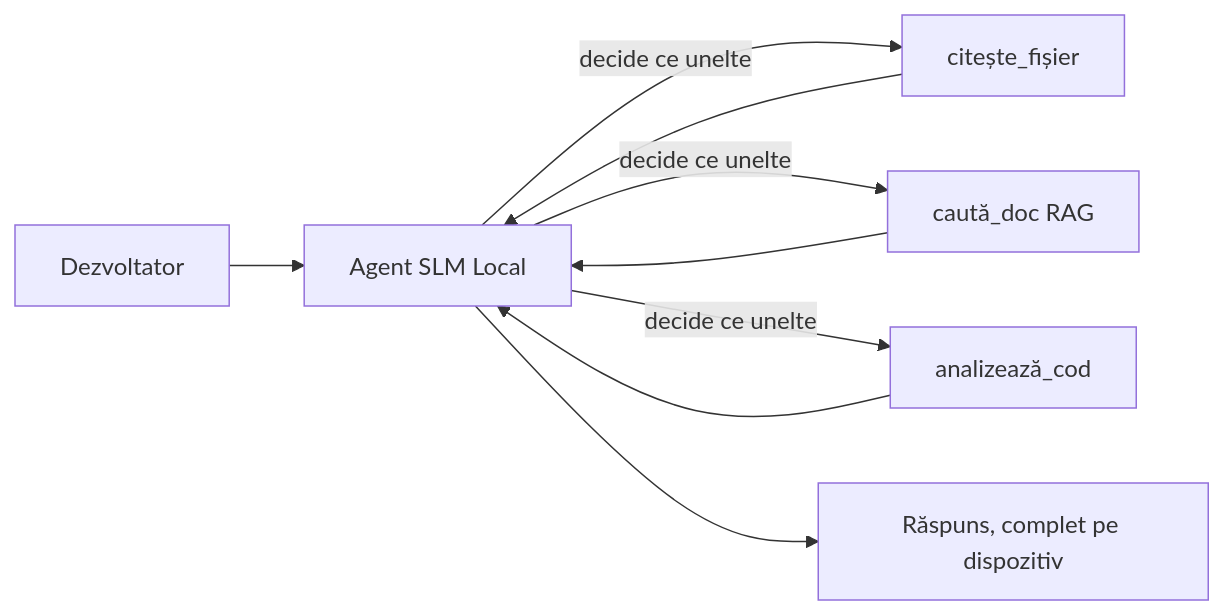
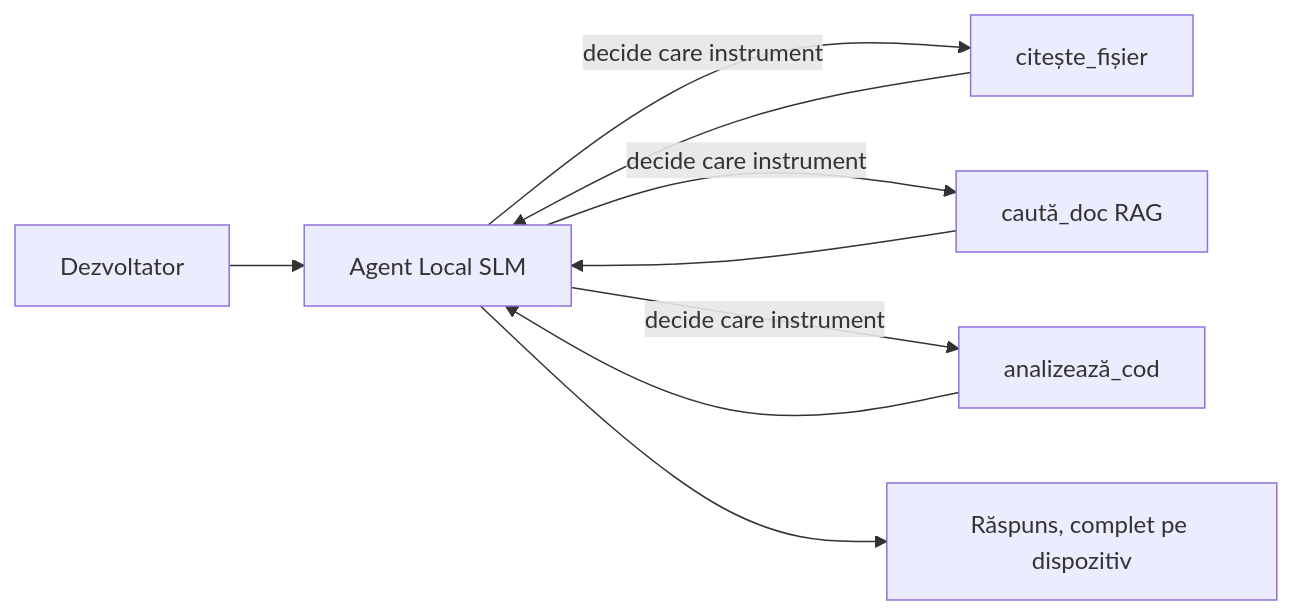
Before and after one commit to gabrielmoreira/agent-skills-mirror: the first of 4 diagrams in mirrors/repos/microsoft@ai-agents-for-beginners/translations/ro/17-creating-local-ai-agents/README.md, drawn with Mermaid. The commit also changed other lines of this file and 4262 other files, not shown here.

````diff
--- a/mirrors/repos/microsoft@ai-agents-for-beginners/translations/ro/17-creating-local-ai-agents/README.md
+++ b/mirrors/repos/microsoft@ai-agents-for-beginners/translations/ro/17-creating-local-ai-agents/README.md
@@ -66,11 +66,11 @@
 ```mermaid
 flowchart LR
-    U[Dezvoltator] --> A[Agent SLM Local]
-    A -->|decide ce unelte| T1[citește_fișier]
-    A -->|decide ce unelte| T2[caută_doc RAG]
-    A -->|decide ce unelte| T3[analizează_cod]
+    U[Dezvoltator] --> A[Agent Local SLM]
+    A -->|decide care instrument| T1[citește_fișier]
+    A -->|decide care instrument| T2[caută_doc RAG]
+    A -->|decide care instrument| T3[analizează_cod]
     T1 --> A
     T2 --> A
     T3 --> A
     A --> R[Răspuns, complet pe dispozitiv]
 ```
````
